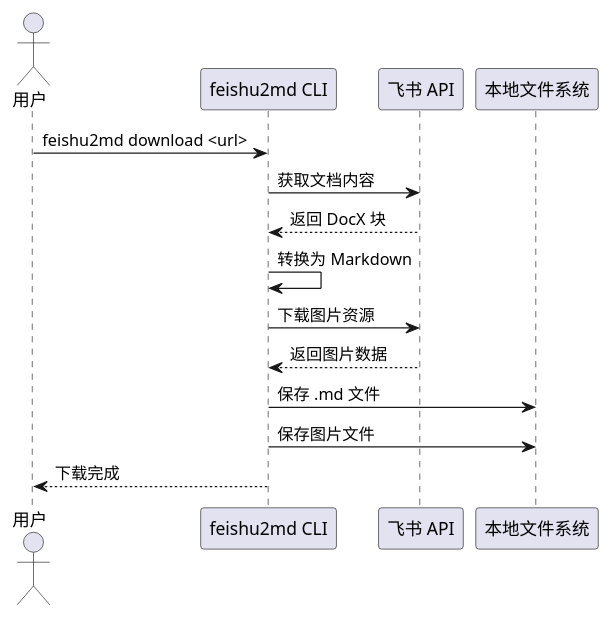
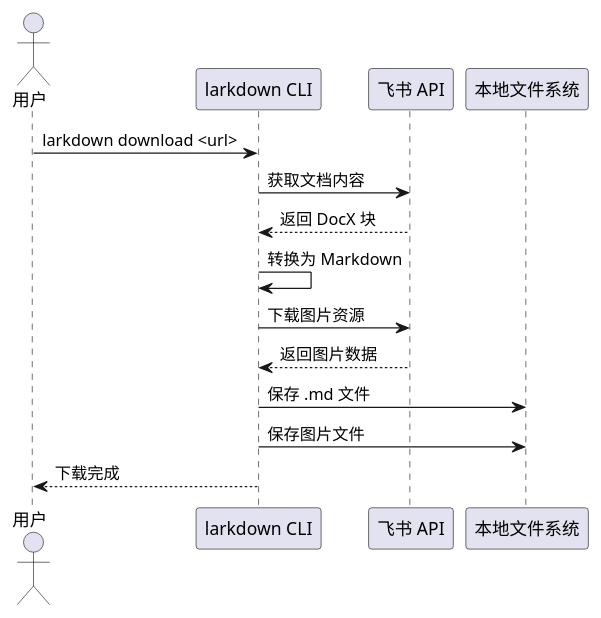
The second of 2 diagrams in testdata/upload.incr.md (amzyang/larkdown), drawn with PlantUML before and after one commit. The commit also changed other lines of this file and 10 other files, not shown here.

Commit message:
test: 测试数据与断言中 feishu2md 重命名为 larkdown

````diff
--- a/testdata/upload.incr.md
+++ b/testdata/upload.incr.md
@@ -274,18 +274,18 @@
 ```plantuml
 @startuml
 actor 用户
-participant "feishu2md CLI" as CLI
+participant "larkdown CLI" as CLI
 participant "飞书 API" as API
 participant "本地文件系统" as FS
 
-用户 -> CLI: feishu2md download <url>
+用户 -> CLI: larkdown download <url>
 CLI -> API: 获取文档内容
 API --> CLI: 返回 DocX 块
 CLI -> CLI: 转换为 Markdown
 CLI -> API: 下载图片资源
 API --> CLI: 返回图片数据
 CLI -> FS: 保存 .md 文件
 CLI -> FS: 保存图片文件
 CLI --> 用户: 下载完成
 @enduml
 ```
````
